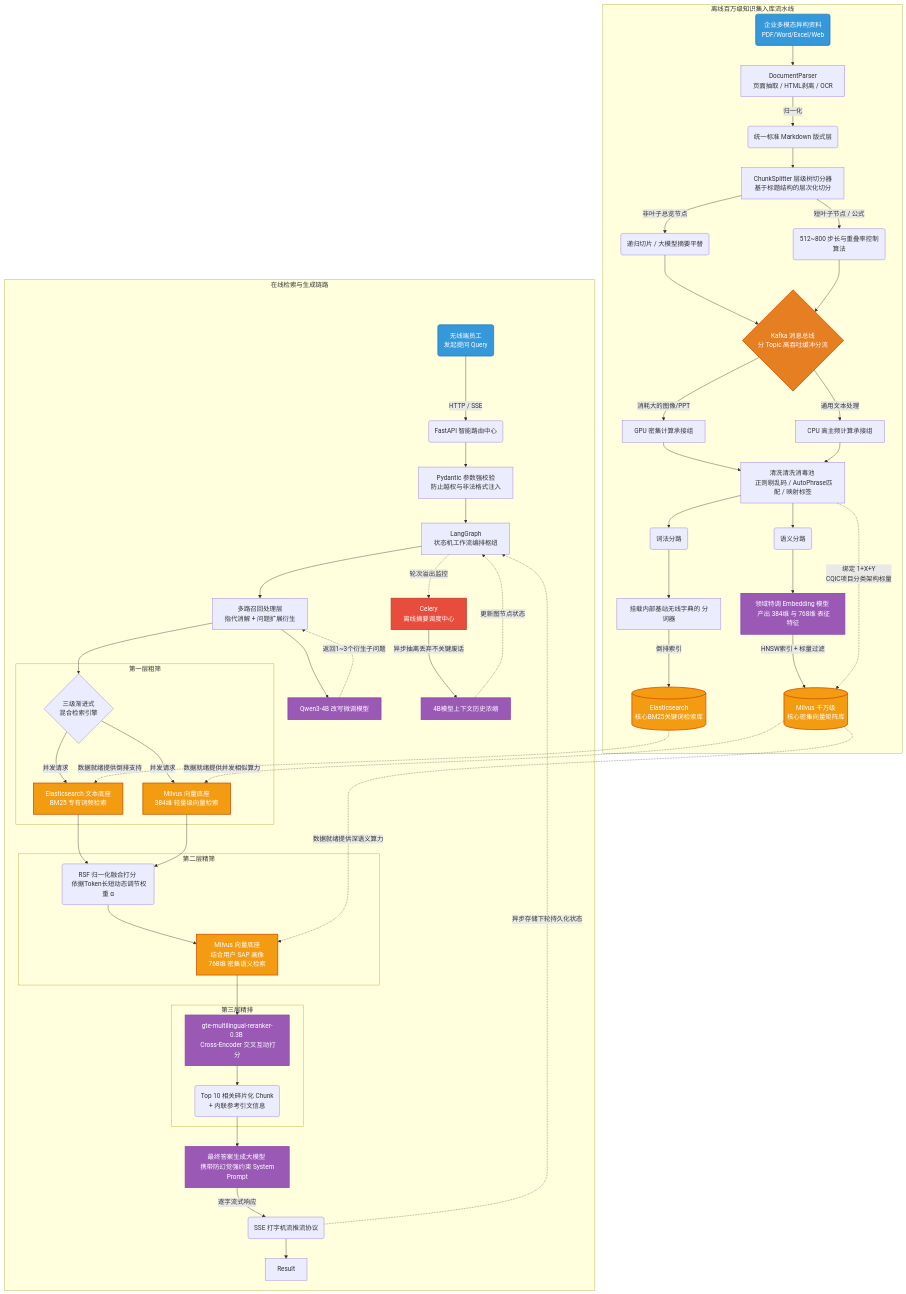
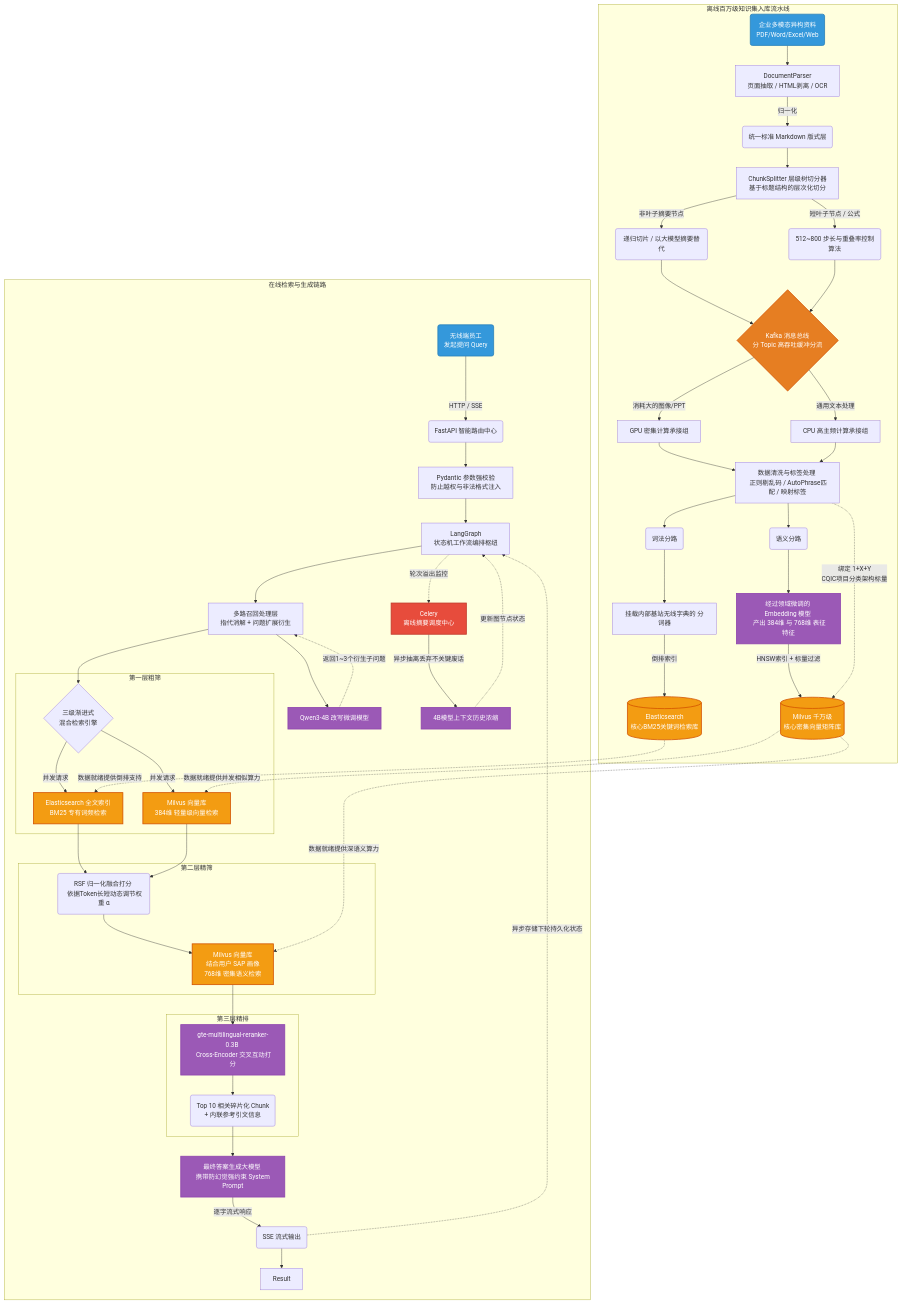
Before and after one commit to edwin98/Obsidian-Notes: the first of 2 diagrams in RAG系统/00_RAG系统概要.md, drawn with Mermaid. The commit also changed other lines of this file and 31 other files, not shown here.

```diff
--- a/RAG系统/00_RAG系统概要.md
+++ b/RAG系统/00_RAG系统概要.md
@@ -41,14 +41,14 @@
         Rewrite --> Router{"三级渐进式 <br/> 混合检索引擎"}
         
         subgraph 第一层粗筛
-            Router -->|"并发请求"| ES["Elasticsearch 文本底座 <br/> BM25 专有词频检索"]:::db
-            Router -->|"并发请求"| Milvus1["Milvus 向量底座 <br/> 384维 轻量级向量检索"]:::db
+            Router -->|"并发请求"| ES["Elasticsearch 全文索引 <br/> BM25 专有词频检索"]:::db
+            Router -->|"并发请求"| Milvus1["Milvus 向量库 <br/> 384维 轻量级向量检索"]:::db
         end
         
         subgraph 第二层精筛
             ES --> RSF("RSF 归一化融合打分 <br/> 依据Token长短动态调节权重 α")
             Milvus1 --> RSF
-            RSF --> Milvus2["Milvus 向量底座 <br/> 结合用户 SAP 画像 <br/> 768维 密集语义检索"]:::db
+            RSF --> Milvus2["Milvus 向量库 <br/> 结合用户 SAP 画像 <br/> 768维 密集语义检索"]:::db
         end
         
         subgraph 第三层精排
@@ -57,7 +57,7 @@
         end
         
         DocList --> Generator["最终答案生成大模型 <br/> 携带防幻觉强约束 System Prompt"]:::llm
-        Generator -- "逐字流式响应" --> SSE("SSE 打字机流推流协议")
+        Generator -- "逐字流式响应" --> SSE("SSE 流式输出")
         SSE --> Result
         SSE -. "异步存储下轮持久化状态" .-> LangGraph
         
@@ -74,7 +74,7 @@
         
         Markdown --> Splitter["ChunkSplitter 层级树切分器 <br/> 基于标题结构的层次化切分"]
         
-        Splitter -->|"非叶子总览节点"| Chunk1("递归切片 / 大模型摘要平替")
+        Splitter -->|"非叶子摘要节点"| Chunk1("递归切片 / 以大模型摘要替代")
         Splitter -->|"短叶子节点 / 公式"| Chunk2("512~800 步长与重叠率控制算法")
         
         Chunk1 & Chunk2 --> KafkaBus{"Kafka 消息总线 <br/> 分 Topic 高吞吐缓冲分流"}:::kafka
@@ -82,12 +82,12 @@
         KafkaBus -->|"消耗大的图像/PPT"| GPU_Worker["GPU 密集计算承接组"]
         KafkaBus -->|"通用文本处理"| CPU_Worker["CPU 高主频计算承接组"]
         
-        GPU_Worker & CPU_Worker --> DataWrangler["清洗清洗消毒池 <br/> 正则剔乱码 / AutoPhrase匹配 / 映射标签"]
+        GPU_Worker & CPU_Worker --> DataWrangler["数据清洗与标签处理 <br/> 正则剔乱码 / AutoPhrase匹配 / 映射标签"]
         
         DataWrangler --> SemanticBranch("语义分路")
         DataWrangler --> LexicalBranch("词法分路")
         
-        SemanticBranch --> Embedder["领域特调 Embedding 模型 <br/> 产出 384维 与 768维 表征特征"]:::llm
+        SemanticBranch --> Embedder["经过领域微调的 Embedding 模型 <br/> 产出 384维 与 768维 表征特征"]:::llm
         LexicalBranch --> IKAnalyzer["挂载内部基站无线字典的 分词器"]
         
         Embedder -->|"HNSW索引 + 标量过滤"| VectorDB[("Milvus 千万级 <br/> 核心密集向量矩阵库")]:::db
```
